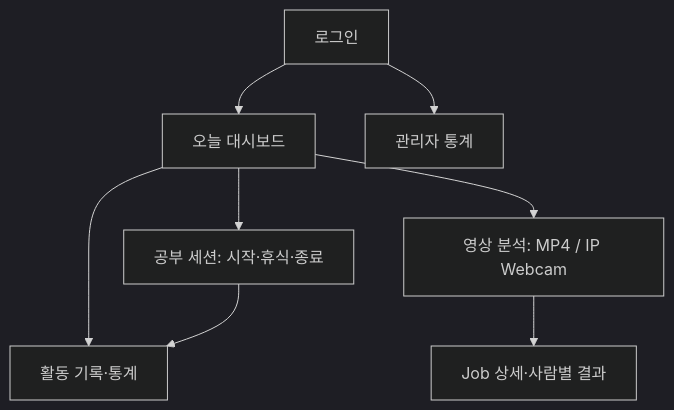
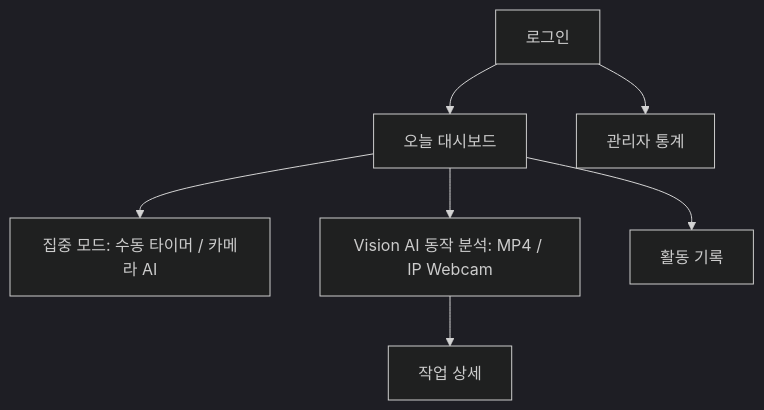
One commit to HanaPark-lab/desk-habit-coach changed the diagram in docs/UI_UX.md. Above: the diagram before and after it, drawn with Mermaid (dark theme). The commit also changed other lines of this file and 6 other files, not shown here.

````diff
--- a/docs/UI_UX.md
+++ b/docs/UI_UX.md
@@ -3,10 +3,9 @@
 ```mermaid
 flowchart TD
  L[로그인] --> H[오늘 대시보드]
- H --> S[공부 세션: 시작·휴식·종료]
- H --> A[영상 분석: MP4 / IP Webcam]
- H --> R[활동 기록·통계]
- S --> R
- A --> J[Job 상세·사람별 결과]
+ H --> S[집중 모드: 수동 타이머 / 카메라 AI]
+ H --> A[Vision AI 동작 분석: MP4 / IP Webcam]
+ H --> R[활동 기록]
+ A --> J[작업 상세]
  L --> M[관리자 통계]
 ```
````
